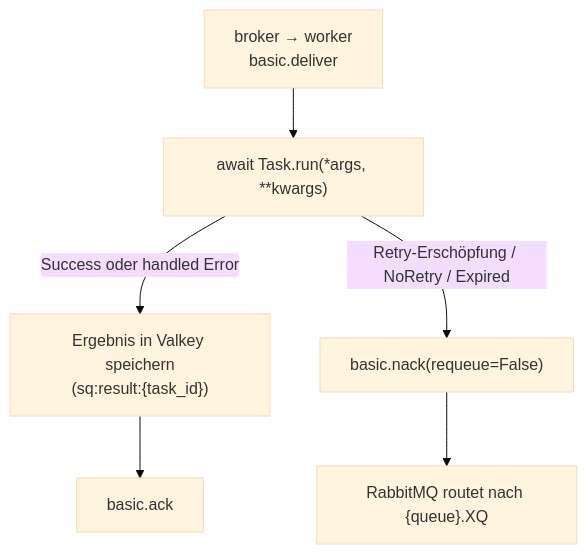
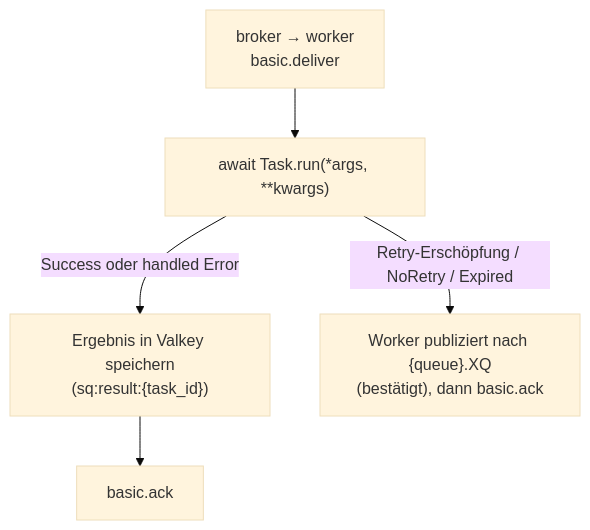
One commit to Schorschofwill/swarmq changed the diagram in website/explanation/delivery-semantics.de.md. Above: the diagram before and after it, drawn with Mermaid (base theme). The commit also changed other lines of this file and 34 other files, not shown here.

````diff
--- a/website/explanation/delivery-semantics.de.md
+++ b/website/explanation/delivery-semantics.de.md
@@ -56,15 +56,13 @@
 ```mermaid
 flowchart TD
     Deliver["broker → worker<br/>basic.deliver"]
     Run["await Task.run(*args, **kwargs)"]
     Store["Ergebnis in Valkey speichern<br/>(sq:result:{task_id})"]
     Ack["basic.ack"]
-    Nack["basic.nack(requeue=False)"]
-    DLQ["RabbitMQ routet nach {queue}.XQ"]
+    DLQ["Worker publiziert nach {queue}.XQ<br/>(bestätigt), dann basic.ack"]
 
     Deliver --> Run
     Run -->|Success oder handled Error| Store
     Store --> Ack
-    Run -->|Retry-Erschöpfung / NoRetry / Expired| Nack
-    Nack --> DLQ
+    Run -->|Retry-Erschöpfung / NoRetry / Expired| DLQ
 ```
````
